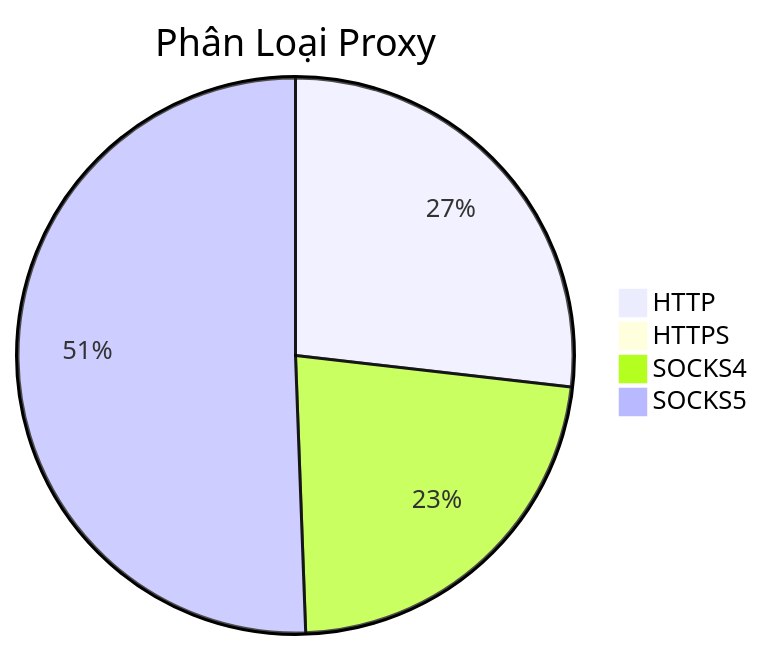
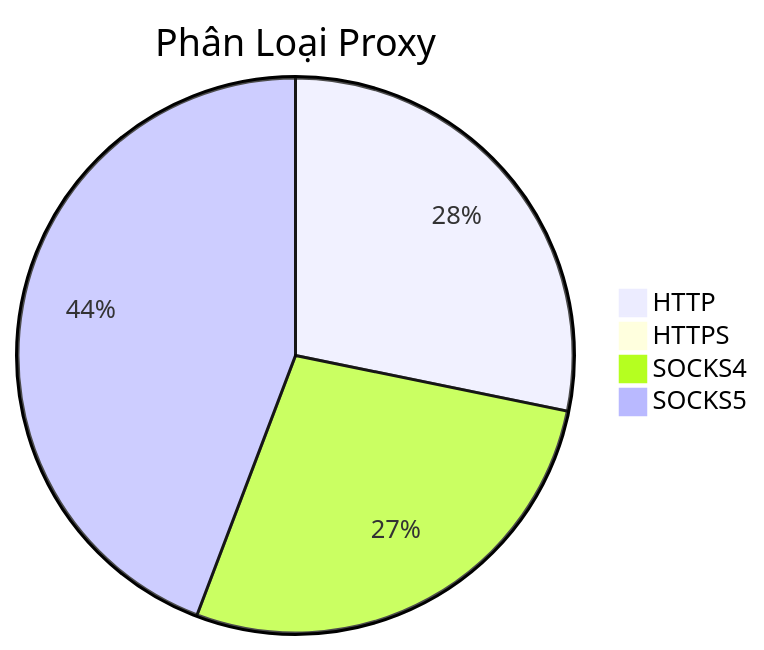
One commit to Ciara-12/PROXY-free changed the diagram in README.md. Above: the diagram before and after it, drawn with Mermaid. The commit also changed other lines of this file and 4 other files, not shown here.

````diff
--- a/README.md
+++ b/README.md
@@ -26,7 +26,7 @@
 ```mermaid
 pie title Phân Loại Proxy
-    "HTTP" : 389
-    "HTTPS" : 0
-    "SOCKS4" : 328
-    "SOCKS5" : 734
+    "HTTP" : 259
+    "HTTPS" : 3
+    "SOCKS4" : 253
+    "SOCKS5" : 406
 ```
````
